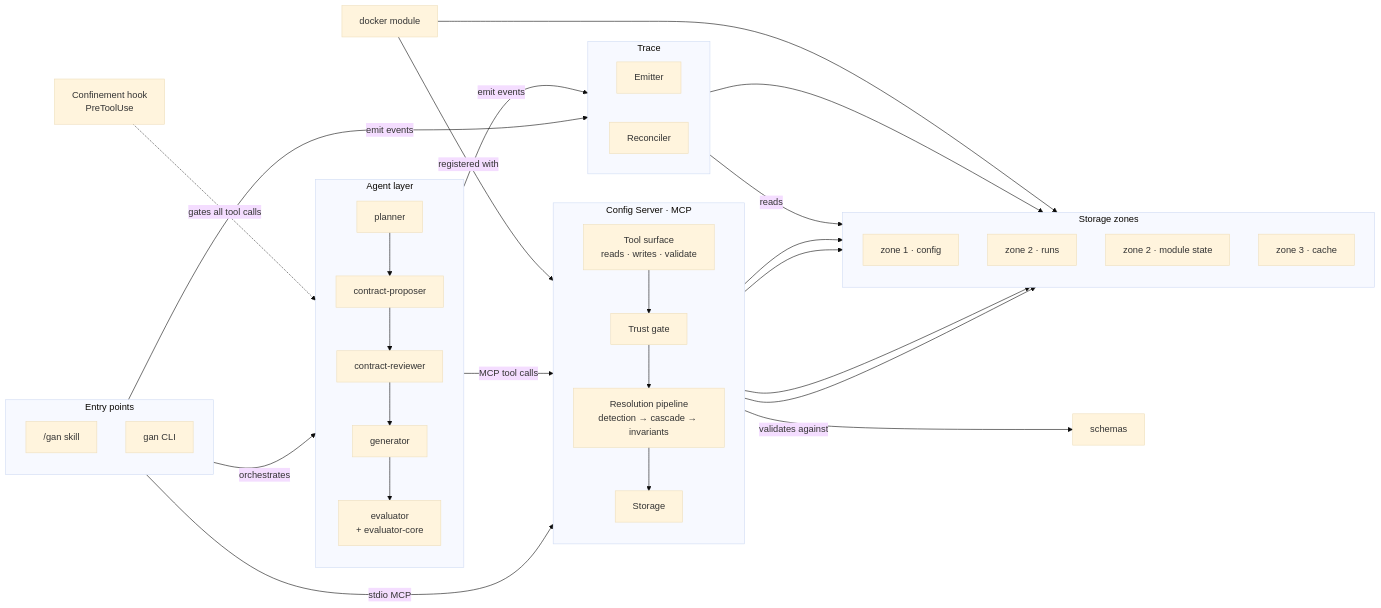
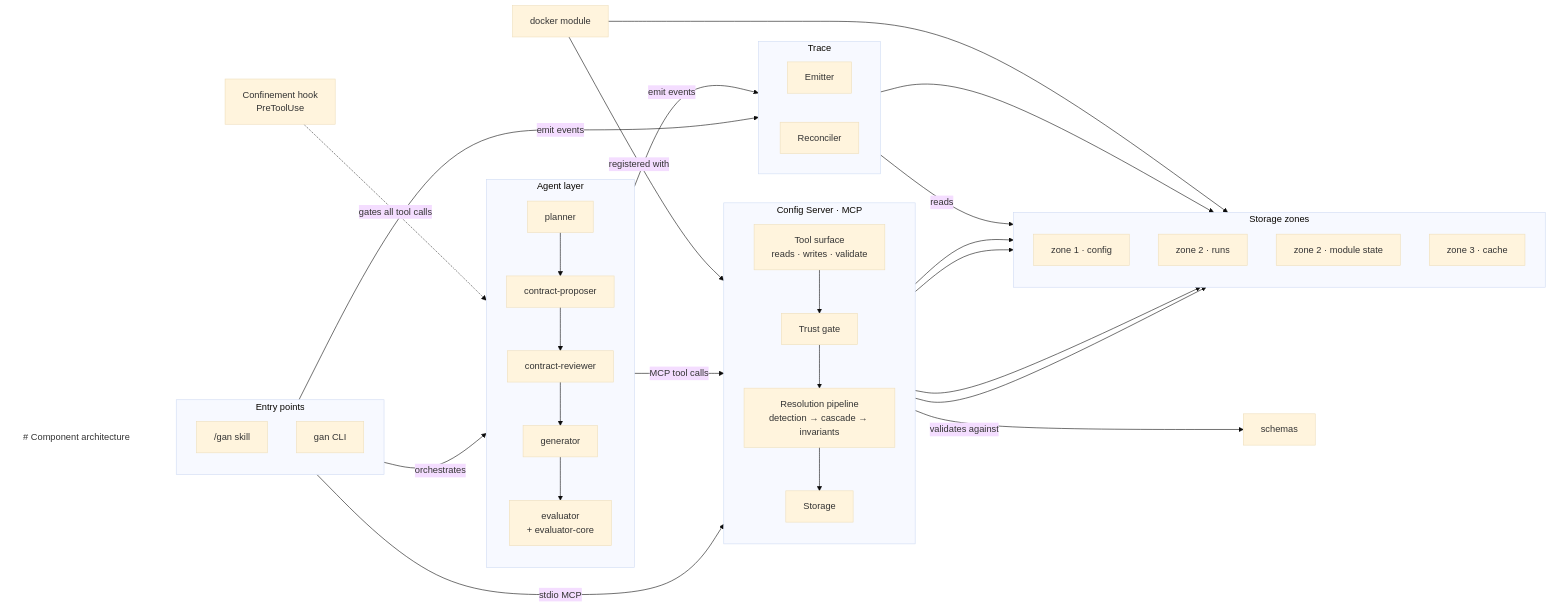
Before and after one commit to Thomas-AppForceOne/ClaudeAgents: the first of 5 diagrams in documentation/subsystem-architecture.md, drawn with Mermaid (base theme). The commit also changed other lines of this file, not shown here.

First line of the commit message:
docs: restore in-diagram titles using backtick markdown nodes, fix sequence note

````diff
--- a/documentation/subsystem-architecture.md
+++ b/documentation/subsystem-architecture.md
@@ -8,54 +8,58 @@
 ```mermaid
 flowchart LR
+    TITLE["`# Component architecture`"]
+    style TITLE fill:none,stroke:none
+
     subgraph ENTRY["Entry points"]
         direction TB
         SKILL["/gan skill"]
         CLI["gan CLI"]
     end
 
     HOOK["Confinement hook\nPreToolUse"]
 
     subgraph AL["Agent layer"]
         direction TB
         PL["planner"] --> CP["contract-proposer"] --> CR["contract-reviewer"] --> GN["generator"] --> EV["evaluator\n+ evaluator-core"]
     end
 
     subgraph CS["Config Server · MCP"]
         direction TB
         MT["Tool surface\nreads · writes · validate"]
         TG["Trust gate"]
         RP["Resolution pipeline\ndetection → cascade → invariants"]
         ST["Storage"]
         MT --> TG --> RP --> ST
     end
 
     SCH["schemas"]
     DK["docker module"]
 
     subgraph TR["Trace"]
         direction LR
         EM["Emitter"]
         RC["Reconciler"]
     end
 
     subgraph ZN["Storage zones"]
         direction TB
         Z1["zone 1 · config"]
         Z2R["zone 2 · runs"]
         Z2M["zone 2 · module state"]
         Z3["zone 3 · cache"]
     end
 
+    TITLE      ~~~ ENTRY
     SKILL      -->|"orchestrates"| AL
     CLI        -->|"stdio MCP"| MT
     HOOK      -.->|"gates all tool calls"| AL
     AL         -->|"MCP tool calls"| MT
     DK         -->|"registered with"| MT
     RP         -->|"validates against"| SCH
     ST         --> Z1 & Z2R & Z2M & Z3
     SKILL      -->|"emit events"| EM
     AL         -->|"emit events"| EM
     EM         --> Z2R
     RC         -->|"reads"| Z2R
     DK         --> Z2M
 ```
````
